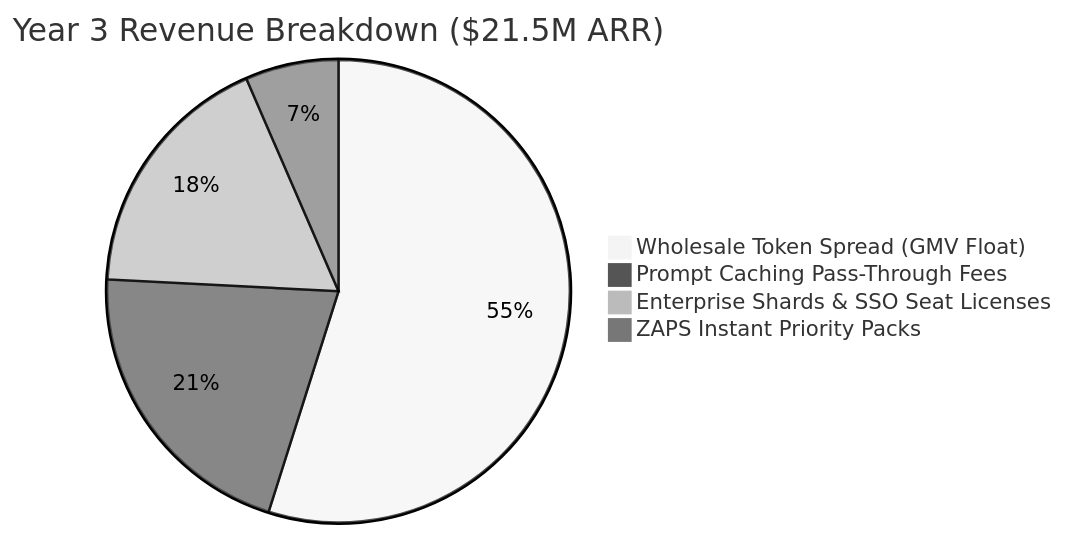
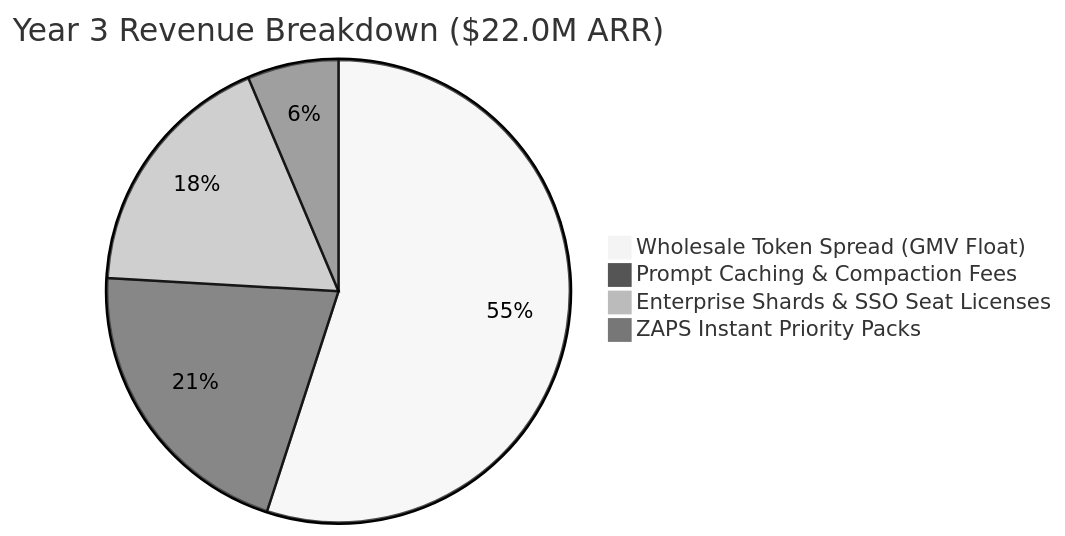
Before and after one commit to CardSorting/GALXAI: the diagram in docs/investors/06_FINANCIAL_PROJECTIONS_AND_MODEL.md, drawn with Mermaid (neutral theme). The commit also changed other lines of this file and 19 other files, not shown here.

````diff
--- a/docs/investors/06_FINANCIAL_PROJECTIONS_AND_MODEL.md
+++ b/docs/investors/06_FINANCIAL_PROJECTIONS_AND_MODEL.md
@@ -53,7 +56,7 @@
 ```mermaid
-pie title Year 3 Revenue Breakdown ($21.5M ARR)
-    "Wholesale Token Spread (GMV Float)" : 11.8
-    "Prompt Caching Pass-Through Fees" : 4.5
-    "Enterprise Shards & SSO Seat Licenses" : 3.8
+pie title Year 3 Revenue Breakdown ($22.0M ARR)
+    "Wholesale Token Spread (GMV Float)" : 12.1
+    "Prompt Caching & Compaction Fees" : 4.6
+    "Enterprise Shards & SSO Seat Licenses" : 3.9
     "ZAPS Instant Priority Packs" : 1.4
 ```
````
